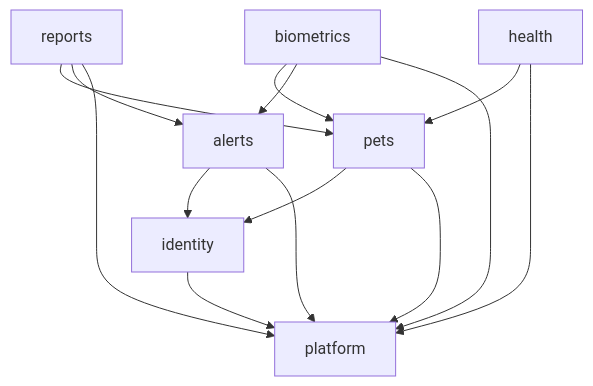
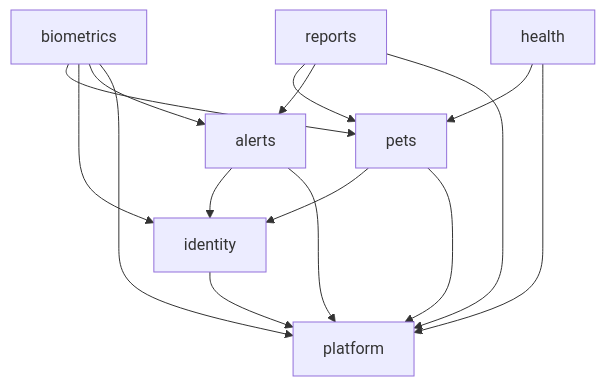
One commit to mcoldibelli/nupii changed the second of 2 diagrams in docs/arquitetura.md. Above: the diagram before and after it, drawn with Mermaid. The commit also changed other lines of this file and 33 other files, not shown here.

````diff
--- a/docs/arquitetura.md
+++ b/docs/arquitetura.md
@@ -72,16 +72,17 @@
 ```mermaid
 flowchart TD
     reports --> pets
     reports --> alerts
     biometrics --> pets
+    biometrics --> identity
     biometrics --> alerts
     health --> pets
     pets --> identity
     alerts --> identity
     identity --> platform
     pets --> platform
     biometrics --> platform
     reports --> platform
     alerts --> platform
     health --> platform
 ```
````
